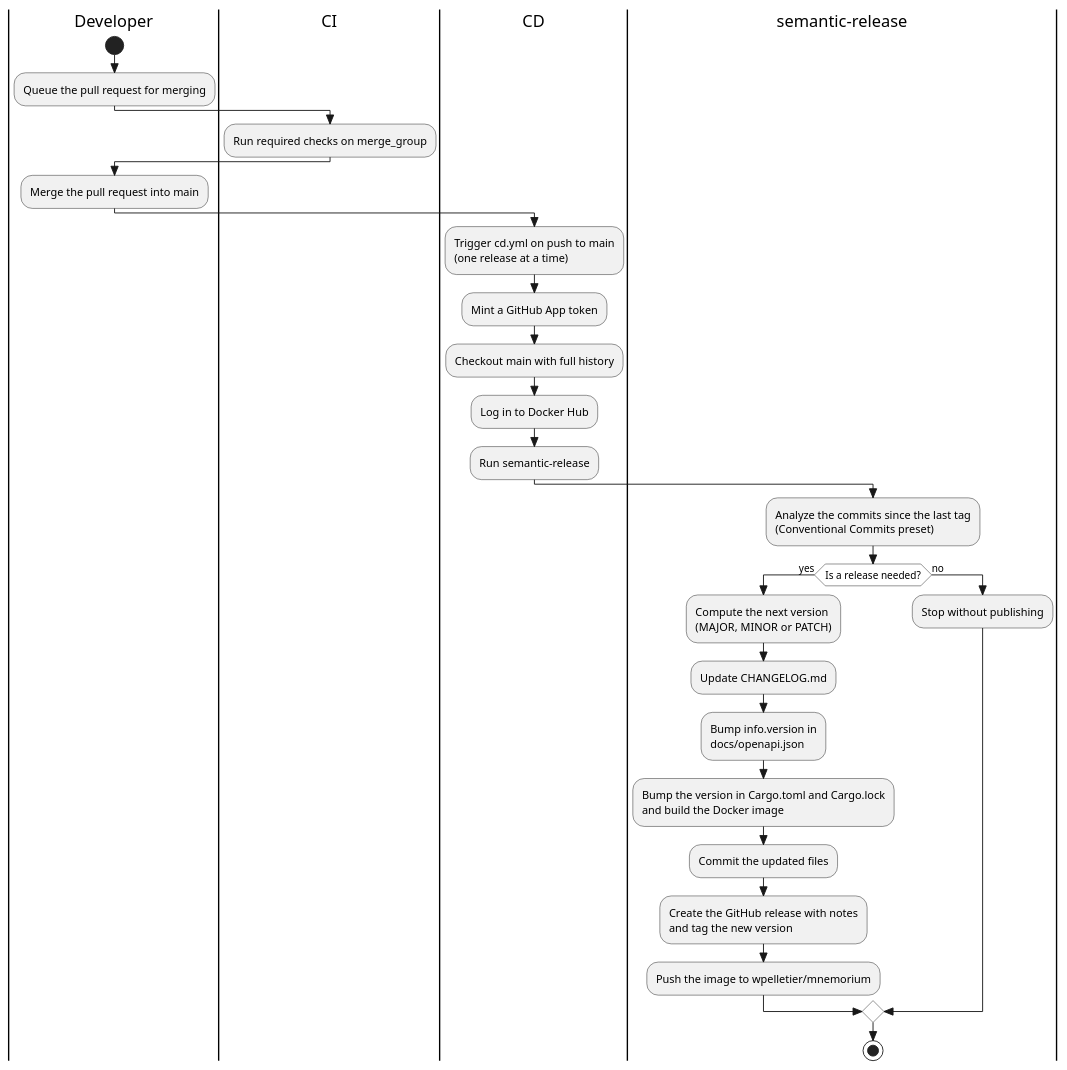
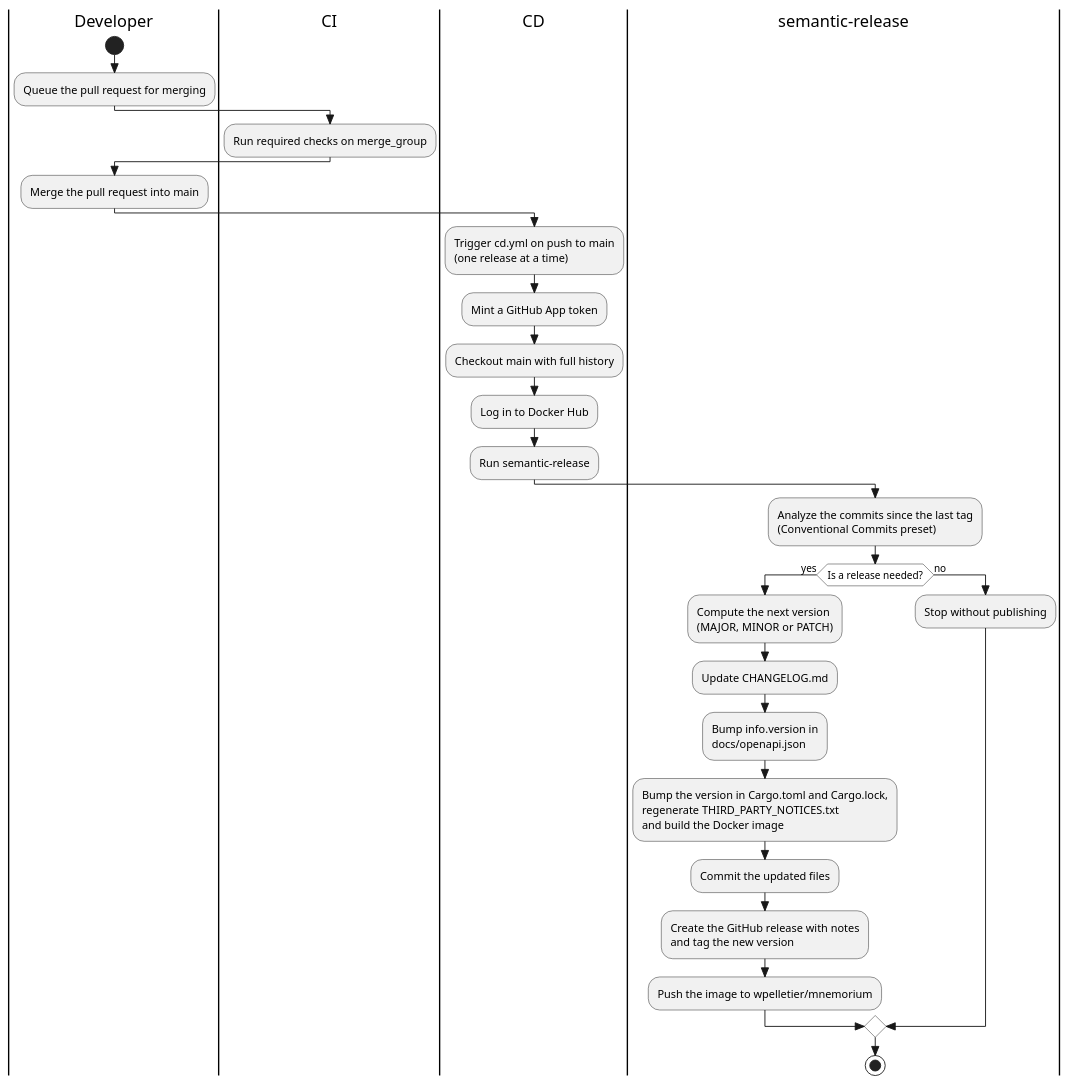
Before and after one commit to Mnemorium/mnemorium: the second of 2 diagrams in docs/development/Overview.md, drawn with PlantUML. The commit also changed other lines of this file and 86 other files, not shown here.

````diff
--- a/docs/development/Overview.md
+++ b/docs/development/Overview.md
@@ -453,38 +455,38 @@
 ```puml
 @startuml
 skinparam style strictuml
 skinparam activityDiamondBackgroundColor #FFFFFF
 
 |Developer|
 start
 :Queue the pull request for merging;
 
 |CI|
 :Run required checks on merge_group;
 
 |Developer|
 :Merge the pull request into main;
 
 |CD|
 :Trigger cd.yml on push to main\n(one release at a time);
 :Mint a GitHub App token;
 :Checkout main with full history;
 :Log in to Docker Hub;
 :Run semantic-release;
 
 |semantic-release|
 :Analyze the commits since the last tag\n(Conventional Commits preset);
 if (Is a release needed?) then (yes)
   :Compute the next version\n(MAJOR, MINOR or PATCH);
   :Update CHANGELOG.md;
   :Bump info.version in\ndocs/openapi.json;
-  :Bump the version in Cargo.toml and Cargo.lock\nand build the Docker image;
+  :Bump the version in Cargo.toml and Cargo.lock,\nregenerate THIRD_PARTY_NOTICES.txt\nand build the Docker image;
   :Commit the updated files;
   :Create the GitHub release with notes\nand tag the new version;
   :Push the image to wpelletier/mnemorium;
 else (no)
   :Stop without publishing;
 endif
 stop
 @enduml
 ```
````
